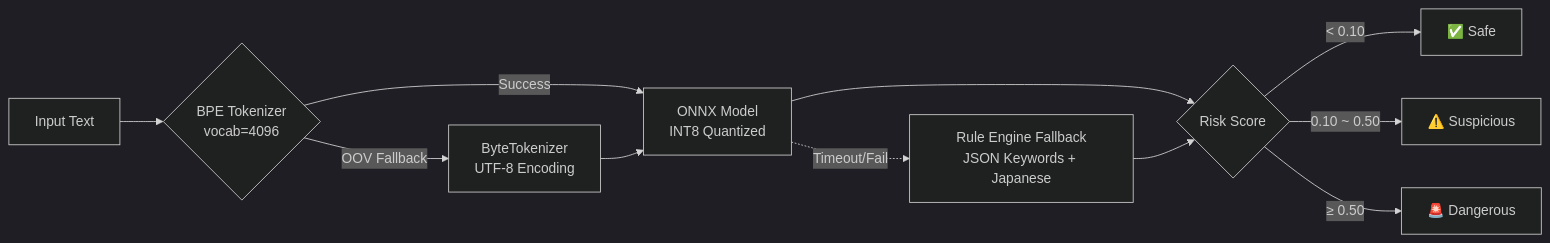
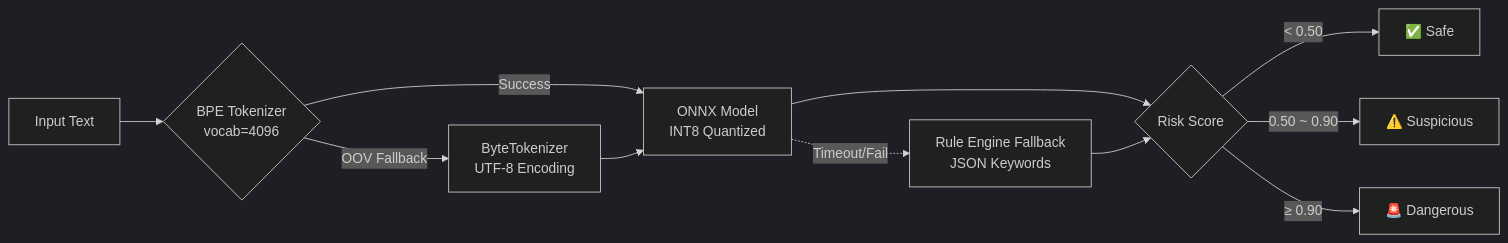
Before and after one commit to Tianshang301/TianshangGuard: the second of 4 diagrams in README.md, drawn with Mermaid (dark theme). The commit also changed other lines of this file and 100 other files, not shown here.

````diff
--- a/README.md
+++ b/README.md
@@ -131,13 +141,13 @@
 ```mermaid
 flowchart LR
     A[Input Text] --> B{BPE Tokenizer<br/>vocab=4096}
     B -->|Success| C[ONNX Model<br/>INT8 Quantized]
     B -->|OOV Fallback| D[ByteTokenizer<br/>UTF-8 Encoding]
     D --> C
     C --> E{Risk Score}
-    E -->|< 0.10| F[✅ Safe]
-    E -->|0.10 ~ 0.50| G[⚠️ Suspicious]
-    E -->|≥ 0.50| H[🚨 Dangerous]
-    C -.->|Timeout/Fail| I[Rule Engine Fallback<br/>JSON Keywords + Japanese]
+    E -->|< 0.50| F[✅ Safe]
+    E -->|0.50 ~ 0.90| G[⚠️ Suspicious]
+    E -->|≥ 0.90| H[🚨 Dangerous]
+    C -.->|Timeout/Fail| I[Rule Engine Fallback<br/>JSON Keywords]
     I --> E
 ```
````
